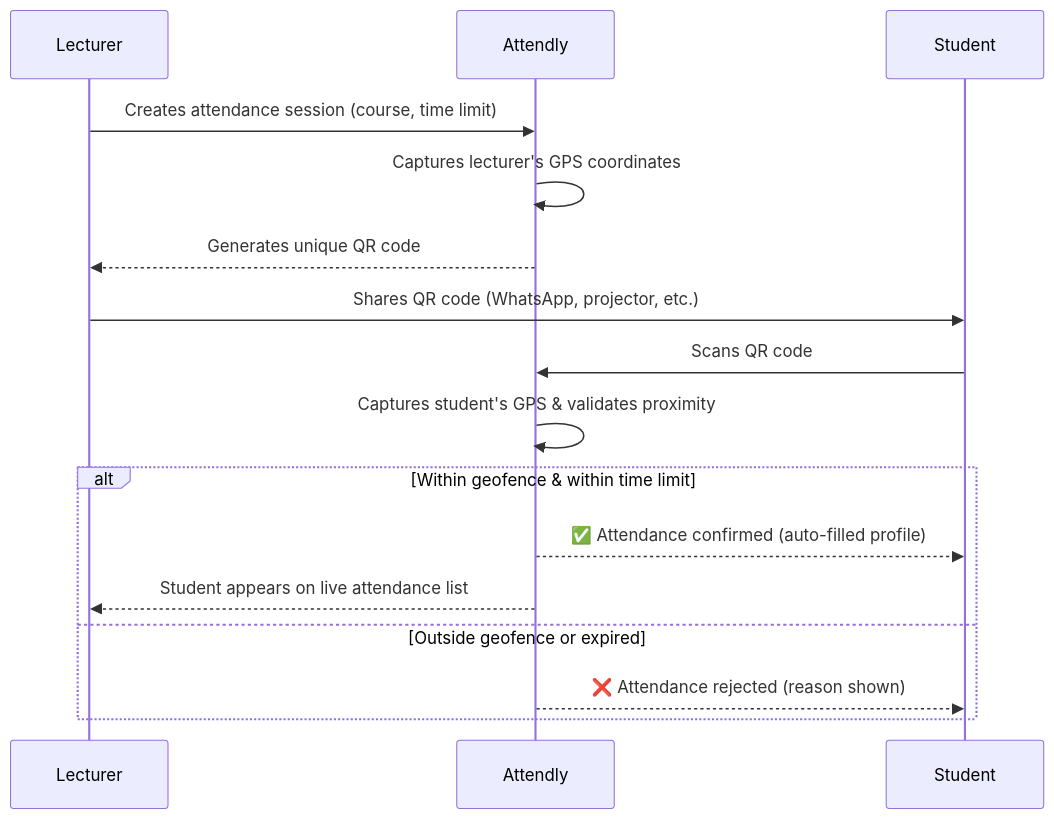
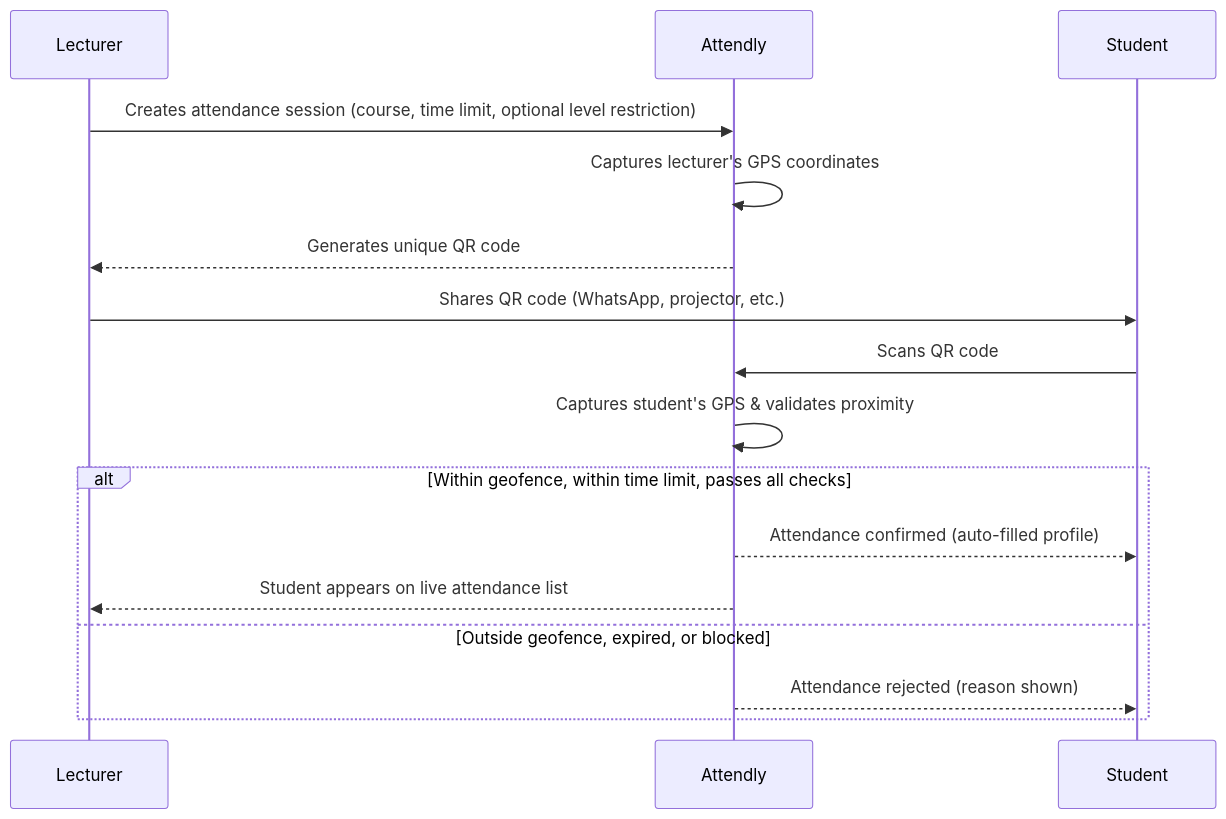
One commit to abdulbasit-io/Attendly changed the diagram in docs/product_concept_and_user_stories.md. Above: the diagram before and after it, drawn with Mermaid. The commit also changed other lines of this file and 5 other files, not shown here.

Commit message:
docs: update product specification with new enrollment, attendance flow, and session creation wizard details

````diff
--- a/docs/product_concept_and_user_stories.md
+++ b/docs/product_concept_and_user_stories.md
@@ -13,19 +13,19 @@
 ```mermaid
 sequenceDiagram
     participant L as Lecturer
     participant A as Attendly
     participant S as Student
 
-    L->>A: Creates attendance session (course, time limit)
+    L->>A: Creates attendance session (course, time limit, optional level restriction)
     A->>A: Captures lecturer's GPS coordinates
     A-->>L: Generates unique QR code
     L->>S: Shares QR code (WhatsApp, projector, etc.)
     S->>A: Scans QR code
     A->>A: Captures student's GPS & validates proximity
-    alt Within geofence & within time limit
-        A-->>S: ✅ Attendance confirmed (auto-filled profile)
+    alt Within geofence, within time limit, passes all checks
+        A-->>S: Attendance confirmed (auto-filled profile)
         A-->>L: Student appears on live attendance list
-    else Outside geofence or expired
-        A-->>S: ❌ Attendance rejected (reason shown)
+    else Outside geofence, expired, or blocked
+        A-->>S: Attendance rejected (reason shown)
     end
 ```
````
